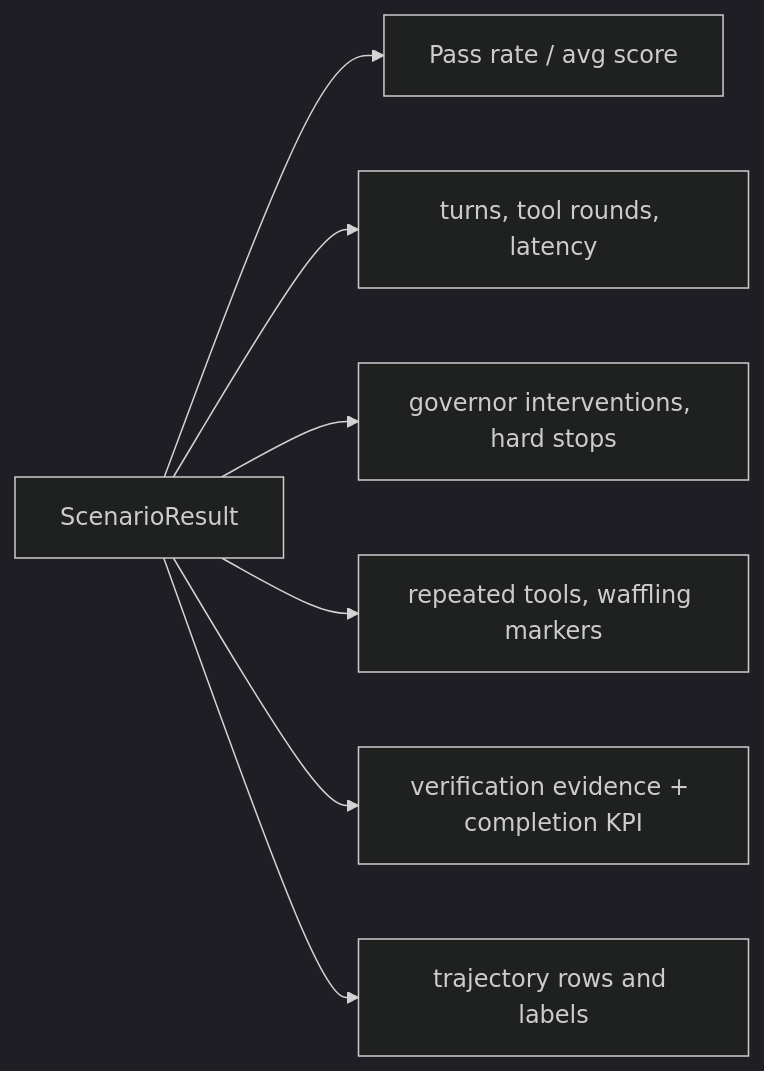
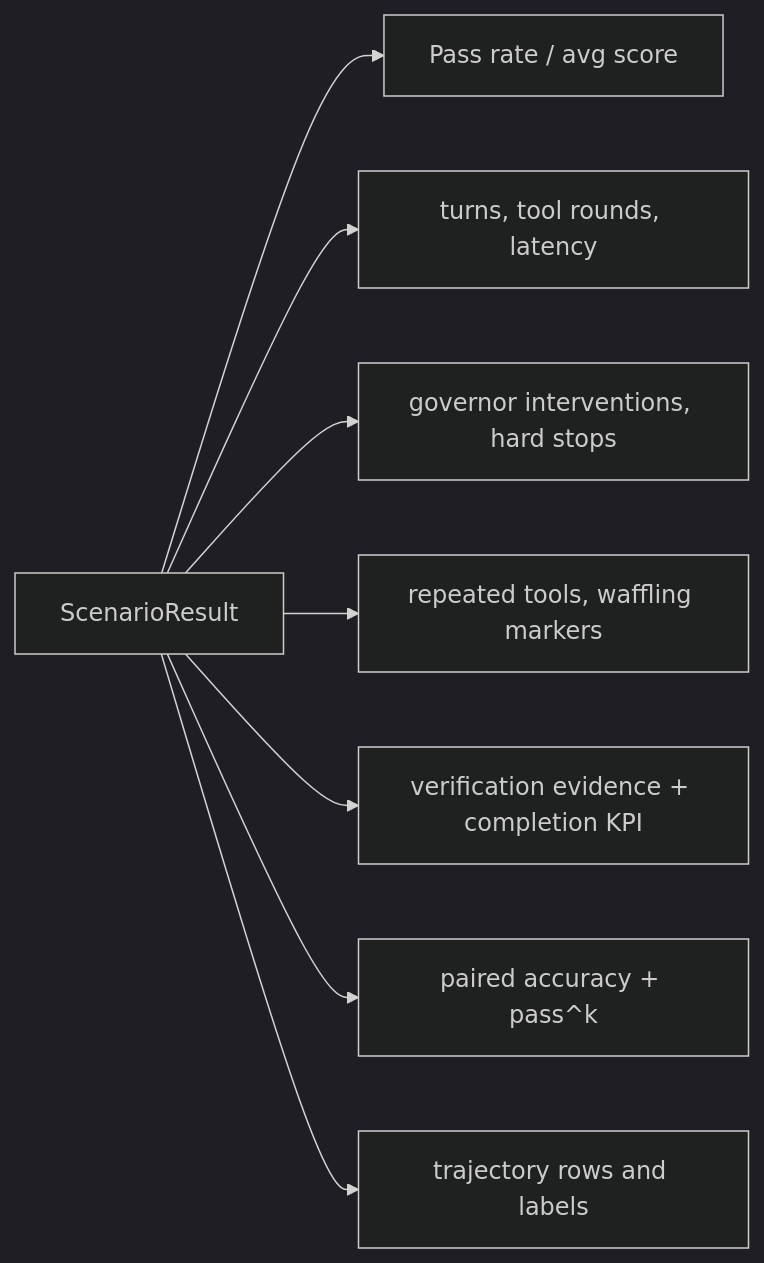
The second of 3 diagrams in docs/coder/EVAL_GYM.md (supernovae/synesis), drawn with Mermaid (dark theme) before and after one commit. The commit also changed other lines of this file and 72 other files, not shown here.

````diff
--- a/docs/coder/EVAL_GYM.md
+++ b/docs/coder/EVAL_GYM.md
@@ -267,9 +270,10 @@
 ```mermaid
 flowchart LR
   Result["ScenarioResult"] --> Quality["Pass rate / avg score"]
   Result --> Efficiency["turns, tool rounds, latency"]
   Result --> Safety["governor interventions, hard stops"]
   Result --> Loops["repeated tools, waffling markers"]
   Result --> Completion["verification evidence + completion KPI"]
+  Result --> Reliability["paired accuracy + pass^k"]
   Result --> Training["trajectory rows and labels"]
 ```
````
